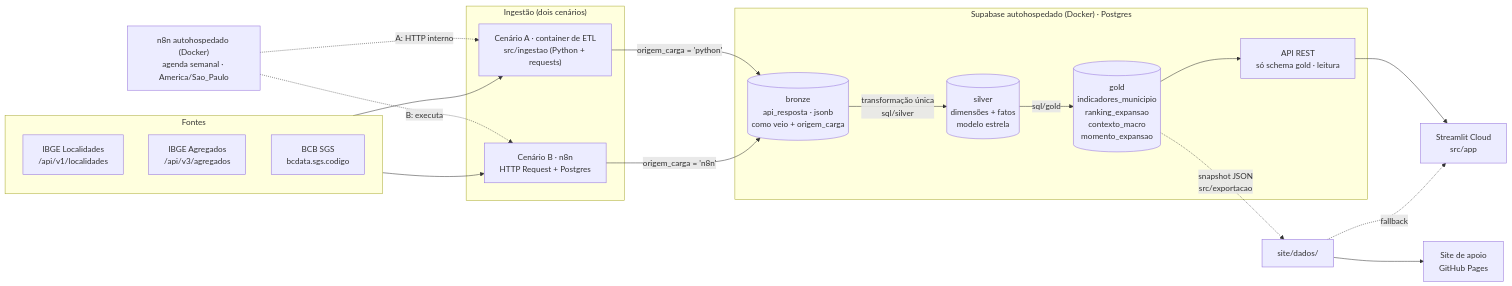
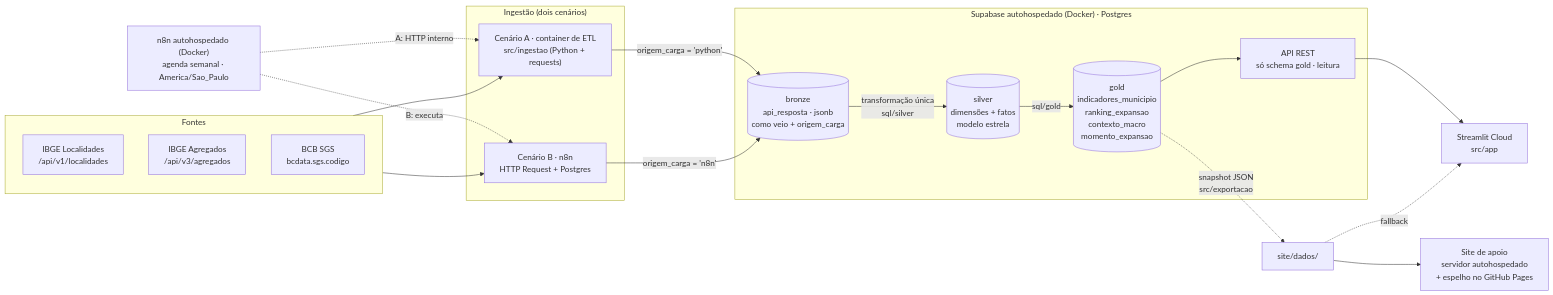
Before and after one commit to JJ-Junior/radar-expansao: the first of 4 diagrams in spec.md, drawn with Mermaid. The commit also changed other lines of this file and 6 other files, not shown here.

````diff
--- a/spec.md
+++ b/spec.md
@@ -31,34 +32,34 @@
 ```mermaid
 flowchart LR
     subgraph Fontes
         L["IBGE Localidades<br/>/api/v1/localidades"]
         A["IBGE Agregados<br/>/api/v3/agregados"]
         S["BCB SGS<br/>bcdata.sgs.codigo"]
     end
 
     subgraph Ingestao["Ingestão (dois cenários)"]
         PY["Cenário A · container de ETL<br/>src/ingestao (Python + requests)"]
         WF["Cenário B · n8n<br/>HTTP Request + Postgres"]
     end
 
     subgraph Docker["Supabase autohospedado (Docker) · Postgres"]
         B[("bronze<br/>api_resposta · jsonb<br/>como veio + origem_carga")]
         SV[("silver<br/>dimensões + fatos<br/>modelo estrela")]
         G[("gold<br/>indicadores_municipio<br/>ranking_expansao<br/>contexto_macro<br/>momento_expansao")]
         API["API REST<br/>só schema gold · leitura"]
     end
 
     N8N["n8n autohospedado (Docker)<br/>agenda semanal · America/Sao_Paulo"] -.->|"A: HTTP interno"| PY
     N8N -.->|"B: executa"| WF
     Fontes --> PY
     Fontes --> WF
     PY -->|"origem_carga = 'python'"| B
     WF -->|"origem_carga = 'n8n'"| B
     B -->|"transformação única<br/>sql/silver"| SV
     SV -->|sql/gold| G
     G --> API
     API --> APP["Streamlit Cloud<br/>src/app"]
     G -.->|"snapshot JSON<br/>src/exportacao"| SNAP["site/dados/"]
     SNAP -.->|fallback| APP
-    SNAP --> SITE["Site de apoio<br/>GitHub Pages"]
+    SNAP --> SITE["Site de apoio<br/>servidor autohospedado<br/>+ espelho no GitHub Pages"]
 ```
````
